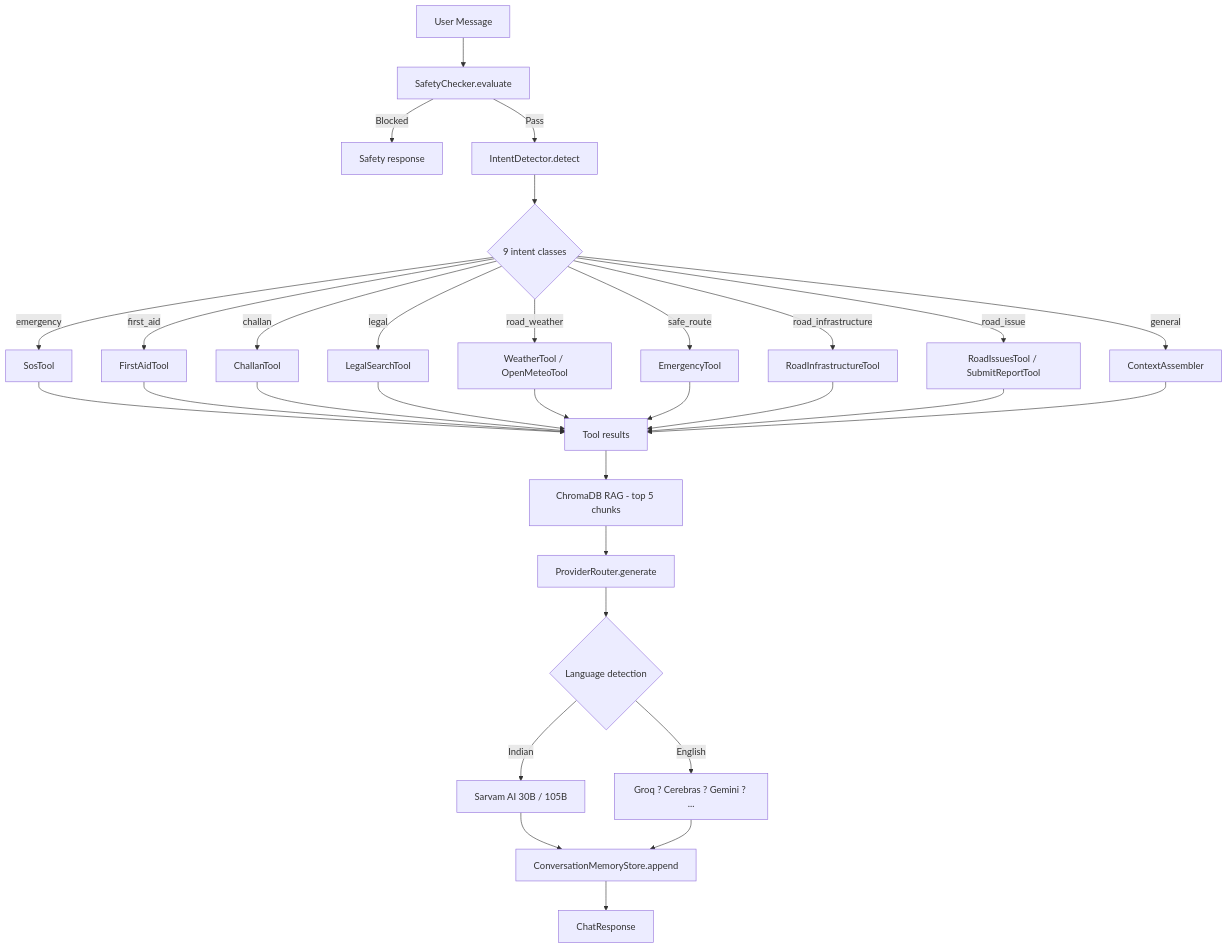
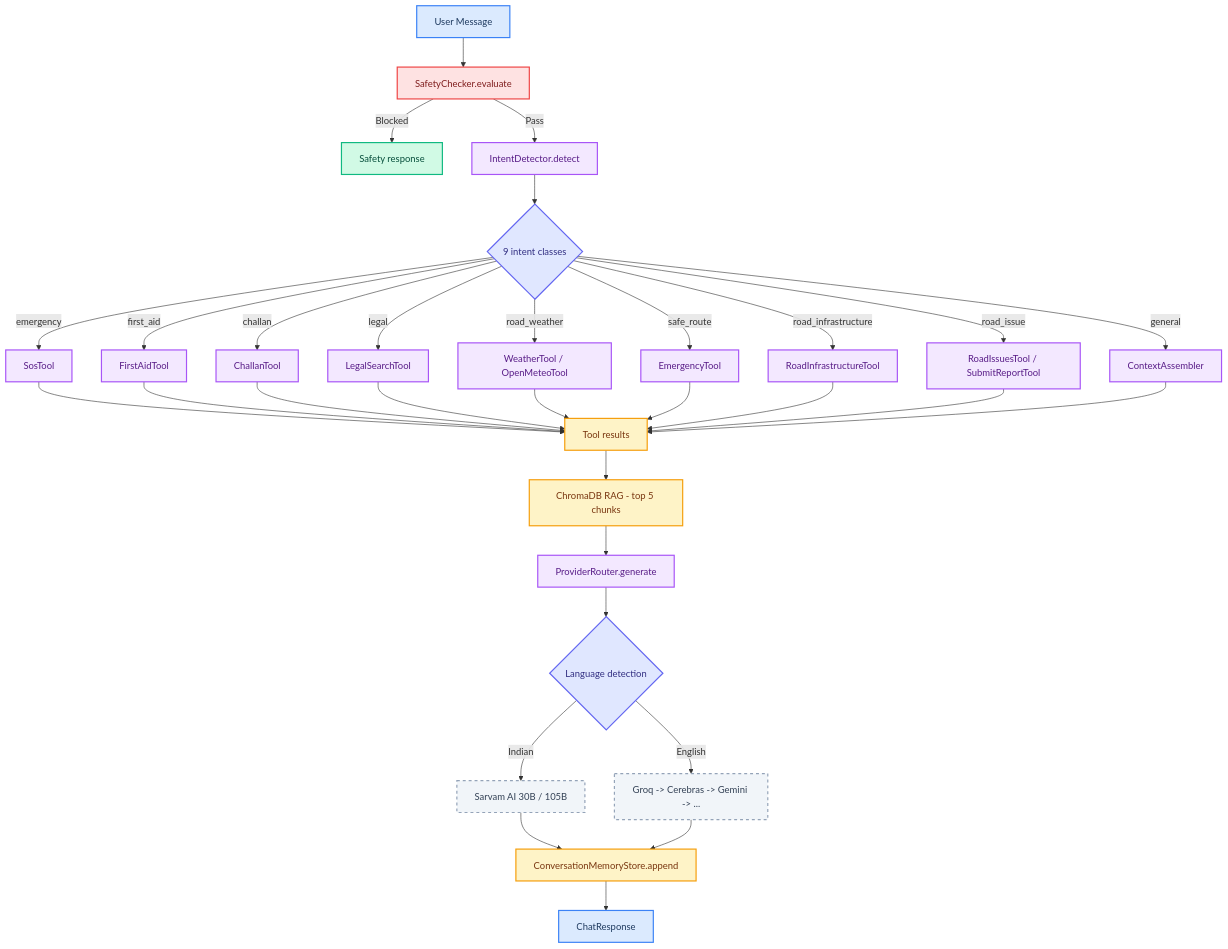
One commit to SafeVixAI/SafeVixAI changed the fourth of 11 diagrams in docs/architecture/Architecture.md. Above: the diagram before and after it, drawn with Mermaid. The commit also changed other lines of this file and 85 other files, not shown here.

Commit message:
docs: Fix Mermaid diagrams, resolve relative link warnings, and ensure clean mkdocs build

````diff
--- a/docs/architecture/Architecture.md
+++ b/docs/architecture/Architecture.md
@@ -294,35 +301,44 @@
 ```mermaid
 flowchart TD
-    A[User Message] --> B[SafetyChecker.evaluate]
-    B -->|Blocked| C[Safety response]
-    B -->|Pass| D[IntentDetector.detect]
-    D --> E{9 intent classes}
-    E -->|emergency| F1[SosTool]
-    E -->|first_aid| F2[FirstAidTool]
-    E -->|challan| F3[ChallanTool]
-    E -->|legal| F4[LegalSearchTool]
-    E -->|road_weather| F5[WeatherTool / OpenMeteoTool]
-    E -->|safe_route| F6[EmergencyTool]
-    E -->|road_infrastructure| F7[RoadInfrastructureTool]
-    E -->|road_issue| F8[RoadIssuesTool / SubmitReportTool]
-    E -->|general| F9[ContextAssembler]
+    classDef edge fill:#dbeafe,stroke:#3b82f6,stroke-width:2px,color:#1e3a5f
+    classDef control fill:#dcfce7,stroke:#22c55e,stroke-width:2px,color:#14532d
+    classDef ai fill:#f3e8ff,stroke:#a855f7,stroke-width:2px,color:#581c87
+    classDef data fill:#fef3c7,stroke:#f59e0b,stroke-width:2px,color:#78350f
+    classDef security fill:#fee2e2,stroke:#ef4444,stroke-width:2px,color:#7f1d1d
+    classDef external fill:#f1f5f9,stroke:#94a3b8,stroke-width:2px,stroke-dasharray:5 5,color:#334155
+    classDef decision fill:#e0e7ff,stroke:#6366f1,stroke-width:2px,color:#312e81
+    classDef success fill:#d1fae5,stroke:#10b981,stroke-width:2px,color:#064e3b
 
-    F1 --> G[Tool results]
+    A["User Message"]:::edge --> B["SafetyChecker.evaluate"]:::security
+    B -->|"Blocked"| C["Safety response"]:::success
+    B -->|"Pass"| D["IntentDetector.detect"]:::ai
+    D --> E{"9 intent classes"}:::decision
+    E -->|"emergency"| F1["SosTool"]:::ai
+    E -->|"first_aid"| F2["FirstAidTool"]:::ai
+    E -->|"challan"| F3["ChallanTool"]:::ai
+    E -->|"legal"| F4["LegalSearchTool"]:::ai
+    E -->|"road_weather"| F5["WeatherTool / OpenMeteoTool"]:::ai
+    E -->|"safe_route"| F6["EmergencyTool"]:::ai
+    E -->|"road_infrastructure"| F7["RoadInfrastructureTool"]:::ai
+    E -->|"road_issue"| F8["RoadIssuesTool / SubmitReportTool"]:::ai
+    E -->|"general"| F9["ContextAssembler"]:::ai
+
+    F1 --> G["Tool results"]:::data
     F2 --> G
     F3 --> G
     F4 --> G
     F5 --> G
     F6 --> G
     F7 --> G
     F8 --> G
     F9 --> G
 
-    G --> H[ChromaDB RAG - top 5 chunks]
-    H --> I[ProviderRouter.generate]
-    I --> J{Language detection}
-    J -->|Indian| K[Sarvam AI 30B / 105B]
-    J -->|English| L[Groq ? Cerebras ? Gemini ? ...]
-    K --> M[ConversationMemoryStore.append]
+    G --> H["ChromaDB RAG - top 5 chunks"]:::data
+    H --> I["ProviderRouter.generate"]:::ai
+    I --> J{"Language detection"}:::decision
+    J -->|"Indian"| K["Sarvam AI 30B / 105B"]:::external
+    J -->|"English"| L["Groq -> Cerebras -> Gemini -> ..."]:::external
+    K --> M["ConversationMemoryStore.append"]:::data
     L --> M
-    M --> N[ChatResponse]
+    M --> N["ChatResponse"]:::edge
 ```
````
